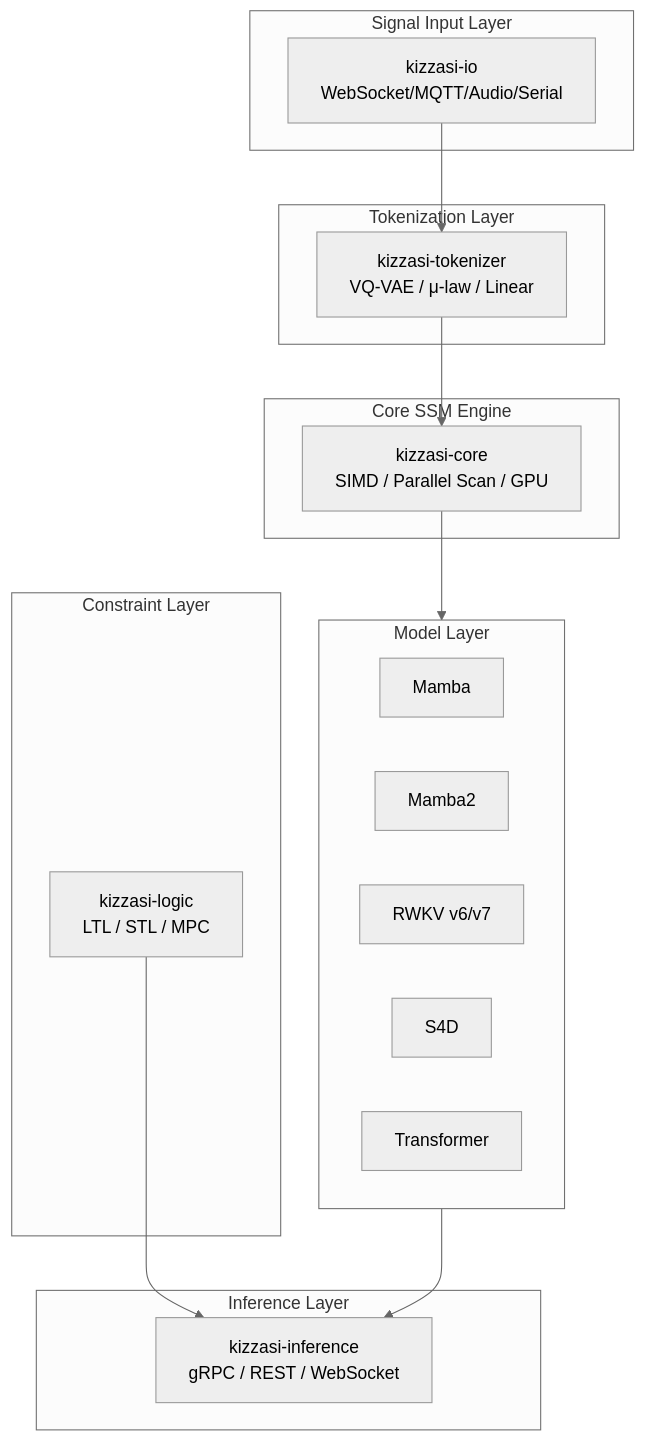
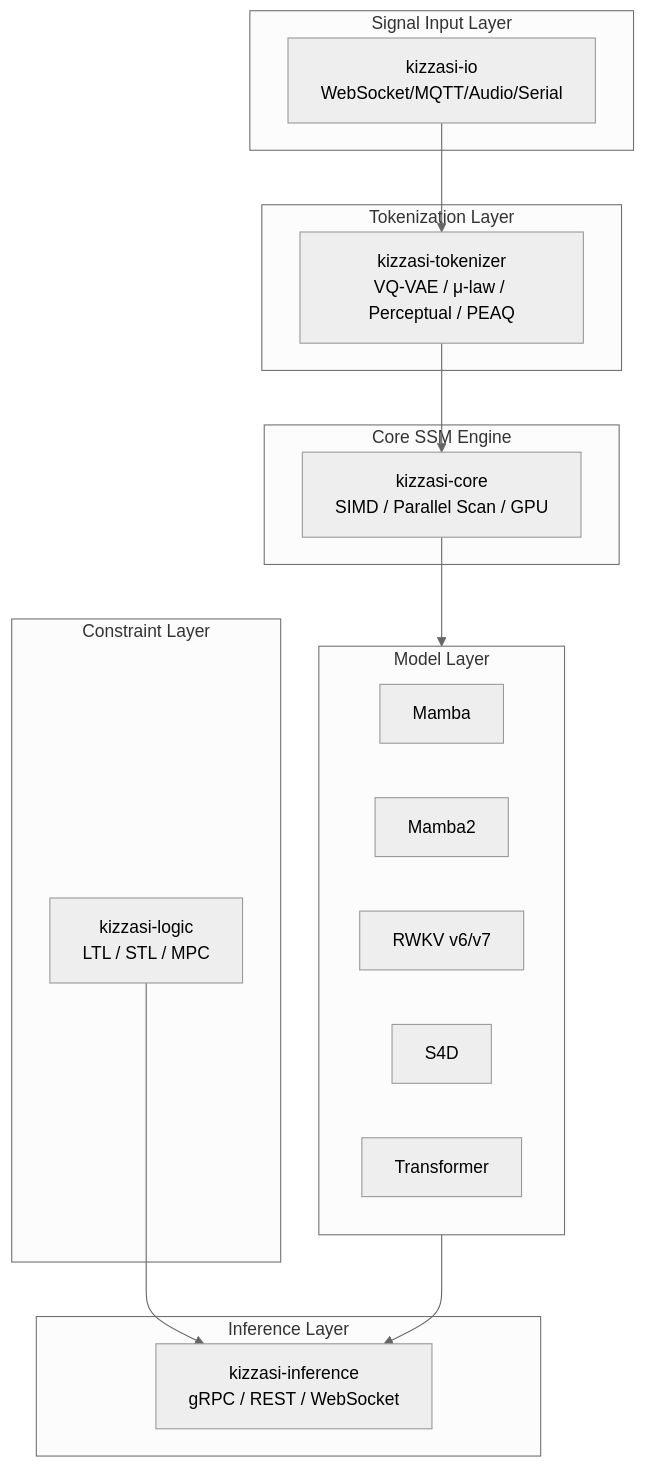
The first of 4 diagrams in README.md (cool-japan/kizzasi), drawn with Mermaid (neutral theme) before and after one commit. The commit also changed other lines of this file and 197 other files, not shown here.

````diff
--- a/README.md
+++ b/README.md
@@ -61,27 +61,27 @@
 ```mermaid
 graph TB
     subgraph Input["Signal Input Layer"]
         IO[kizzasi-io<br/>WebSocket/MQTT/Audio/Serial]
     end
     subgraph Token["Tokenization Layer"]
-        TOK[kizzasi-tokenizer<br/>VQ-VAE / μ-law / Linear]
+        TOK[kizzasi-tokenizer<br/>VQ-VAE / μ-law / Perceptual / PEAQ]
     end
     subgraph Core["Core SSM Engine"]
         CORE[kizzasi-core<br/>SIMD / Parallel Scan / GPU]
     end
     subgraph Models["Model Layer"]
         MB[Mamba]
         MB2[Mamba2]
         RW[RWKV v6/v7]
         S4[S4D]
         TR[Transformer]
     end
     subgraph Infer["Inference Layer"]
         INF[kizzasi-inference<br/>gRPC / REST / WebSocket]
     end
     subgraph Logic["Constraint Layer"]
         LOG[kizzasi-logic<br/>LTL / STL / MPC]
     end
     IO --> TOK --> CORE --> Models --> INF
     LOG --> INF
 ```
````
